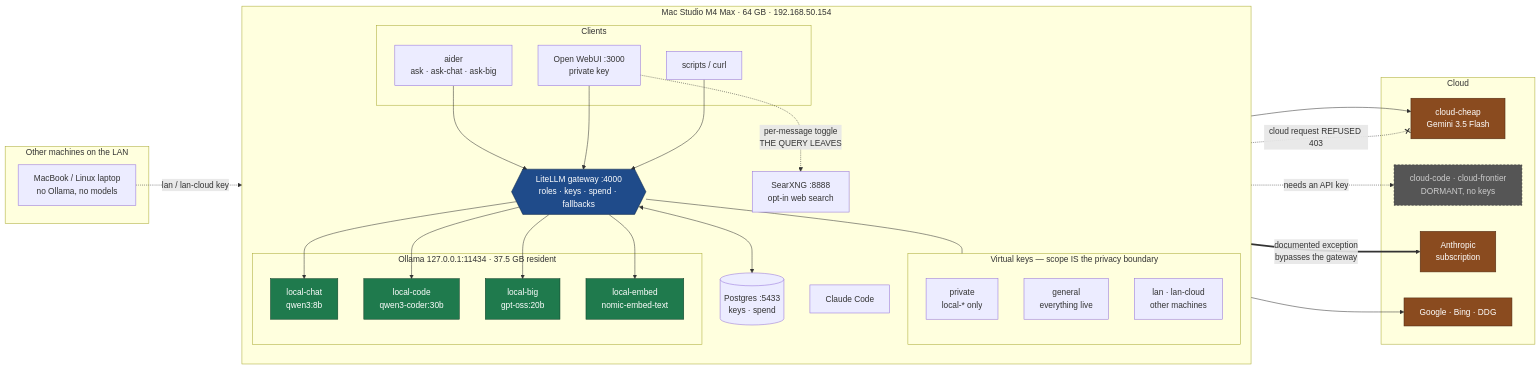
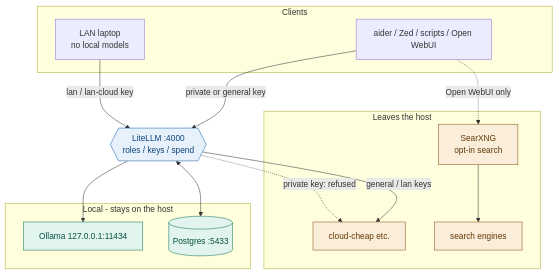
One commit to ouster/hearth changed the diagram in README.md. Above: the diagram before and after it, drawn with Mermaid. The commit also changed other lines of this file and 40 other files, not shown here.

````diff
--- a/README.md
+++ b/README.md
@@ -22,73 +24,36 @@
 ```mermaid
-flowchart LR
-    subgraph host["Mac Studio M4 Max · 64 GB · 192.168.50.154"]
-        direction TB
-
-        subgraph clients["Clients"]
-            aider["aider<br/>ask · ask-chat · ask-big"]
-            webui["Open WebUI :3000<br/>private key"]
-            scripts["scripts / curl"]
-        end
-
-        gw{{"LiteLLM gateway :4000<br/>roles · keys · spend · fallbacks"}}
-
-        subgraph keys["Virtual keys — scope IS the privacy boundary"]
-            kpriv["private<br/>local-* only"]
-            kgen["general<br/>everything live"]
-            klan["lan · lan-cloud<br/>other machines"]
-        end
-
-        subgraph local["Ollama 127.0.0.1:11434 · 37.5 GB resident"]
-            lchat["local-chat<br/>qwen3:8b"]
-            lcode["local-code<br/>qwen3-coder:30b"]
-            lbig["local-big<br/>gpt-oss:20b"]
-            lemb["local-embed<br/>nomic-embed-text"]
-        end
-
-        pg[("Postgres :5433<br/>keys · spend")]
-        searx["SearXNG :8888<br/>opt-in web search"]
-        cc["Claude Code"]
+flowchart TB
+    subgraph clients["Clients"]
+        hostApps["aider / Zed / scripts / Open WebUI"]
+        laptop["LAN laptop<br/>no local models"]
     end
 
-    subgraph lanbox["Other machines on the LAN"]
-        laptop["MacBook / Linux laptop<br/>no Ollama, no models"]
+    gw{{"LiteLLM :4000<br/>roles / keys / spend"}}
+
+    subgraph local["Local - stays on the host"]
+        ollama["Ollama 127.0.0.1:11434"]
+        pg[("Postgres :5433")]
     end
 
-    subgraph cloud["Cloud"]
-        gem["cloud-cheap<br/>Gemini 3.5 Flash"]
-        dormant["cloud-code · cloud-frontier<br/>DORMANT, no keys"]
-        anth["Anthropic<br/>subscription"]
-        engines["Google · Bing · DDG"]
+    subgraph leave["Leaves the host"]
+        cloud["cloud-cheap etc."]
+        searx["SearXNG<br/>opt-in search"]
+        web["search engines"]
     end
 
-    aider --> gw
-    webui --> gw
-    scripts --> gw
-    laptop -.->|"lan / lan-cloud key"| gw
+    hostApps -->|"private or general key"| gw
+    laptop -->|"lan / lan-cloud key"| gw
+    gw --> ollama
+    gw <--> pg
+    gw -->|"general / lan keys"| cloud
+    gw -.->|"private key: refused"| cloud
+    hostApps -.->|"Open WebUI only"| searx
+    searx --> web
 
-    gw --- keys
-    gw --> lchat
-    gw --> lcode
-    gw --> lbig
-    gw --> lemb
-    gw --> gem
-    gw -.->|"needs an API key"| dormant
-    gw <--> pg
-
-    webui -.->|"per-message toggle<br/>THE QUERY LEAVES"| searx
-    searx --> engines
-
-    cc ==>|"documented exception<br/>bypasses the gateway"| anth
-
-    kpriv -. "cloud request REFUSED 403" .-x gem
-
-    classDef localCls fill:#1f7a4d,stroke:#0d3d26,color:#fff
-    classDef cloudCls fill:#8a4b1f,stroke:#4d2810,color:#fff
-    classDef gwCls fill:#1f4b8a,stroke:#0d2647,color:#fff
-    classDef offCls fill:#555,stroke:#333,color:#ccc,stroke-dasharray: 4 3
-
-    class lchat,lcode,lbig,lemb localCls
-    class gem,anth,engines cloudCls
+    classDef localCls fill:#E1F5EE,stroke:#0F6E56,color:#085041
+    classDef leaveCls fill:#FAEEDA,stroke:#854F0B,color:#633806
+    classDef gwCls fill:#E6F1FB,stroke:#185FA5,color:#0C447C
+    class ollama,pg localCls
+    class cloud,searx,web leaveCls
     class gw gwCls
-    class dormant offCls
 ```
````
